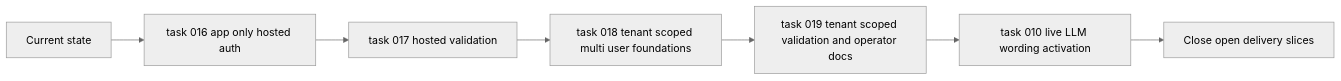
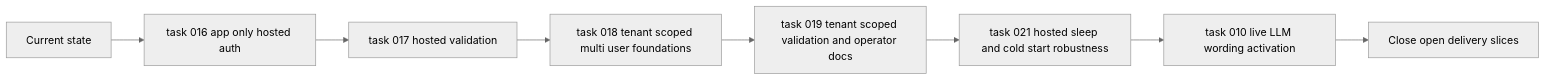
One commit to AlexAgo83/day-captain changed the diagram in logics/tasks/task_020_day_captain_open_roadmap_orchestration.md. Above: the diagram before and after it, drawn with Mermaid (neutral theme). The commit also changed other lines of this file and 9 other files, not shown here.

````diff
--- a/logics/tasks/task_020_day_captain_open_roadmap_orchestration.md
+++ b/logics/tasks/task_020_day_captain_open_roadmap_orchestration.md
@@ -18,9 +18,10 @@
 ```mermaid
 flowchart LR
     Start[Current state] --> Auth[task 016 app only hosted auth]
     Auth --> Hosted[task 017 hosted validation]
     Hosted --> Multi[task 018 tenant scoped multi user foundations]
     Multi --> Ops[task 019 tenant scoped validation and operator docs]
-    Ops --> LLM[task 010 live LLM wording activation]
+    Ops --> Warm[task 021 hosted sleep and cold start robustness]
+    Warm --> LLM[task 010 live LLM wording activation]
     LLM --> Close[Close open delivery slices]
 ```
````
